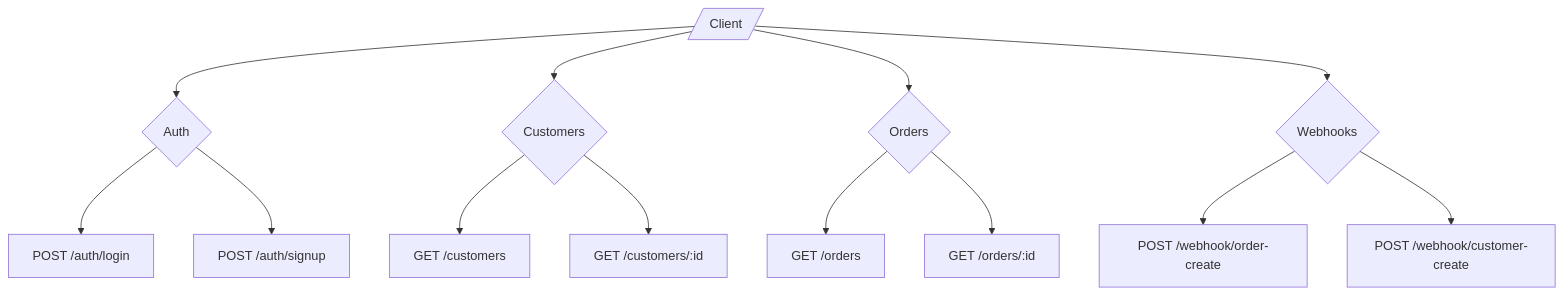
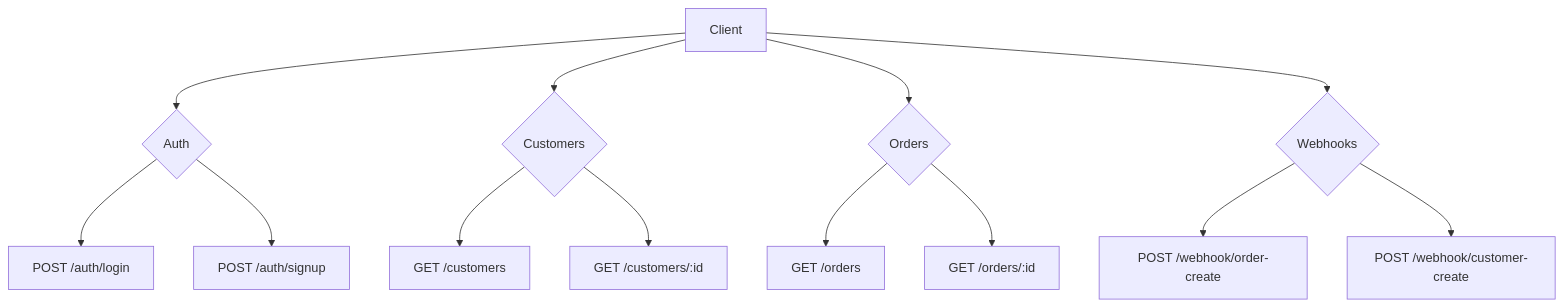
The fourth of 4 diagrams in readme.md (Sidop03/XenoProject), drawn with Mermaid before and after one commit. The commit also changed other lines of this file, not shown here.

````diff
--- a/readme.md
+++ b/readme.md
@@ -86,18 +88,19 @@
 ```mermaid
 flowchart TD
-    A[/Client/] --> B{Auth}
+    A[Client] --> B{Auth}
     B --> C[POST /auth/login]
     B --> D[POST /auth/signup]
 
     A --> E{Customers}
     E --> F[GET /customers]
     E --> G[GET /customers/:id]
 
     A --> H{Orders}
     H --> I[GET /orders]
     H --> J[GET /orders/:id]
 
     A --> K{Webhooks}
     K --> L[POST /webhook/order-create]
     K --> M[POST /webhook/customer-create]
+
 ```
````
